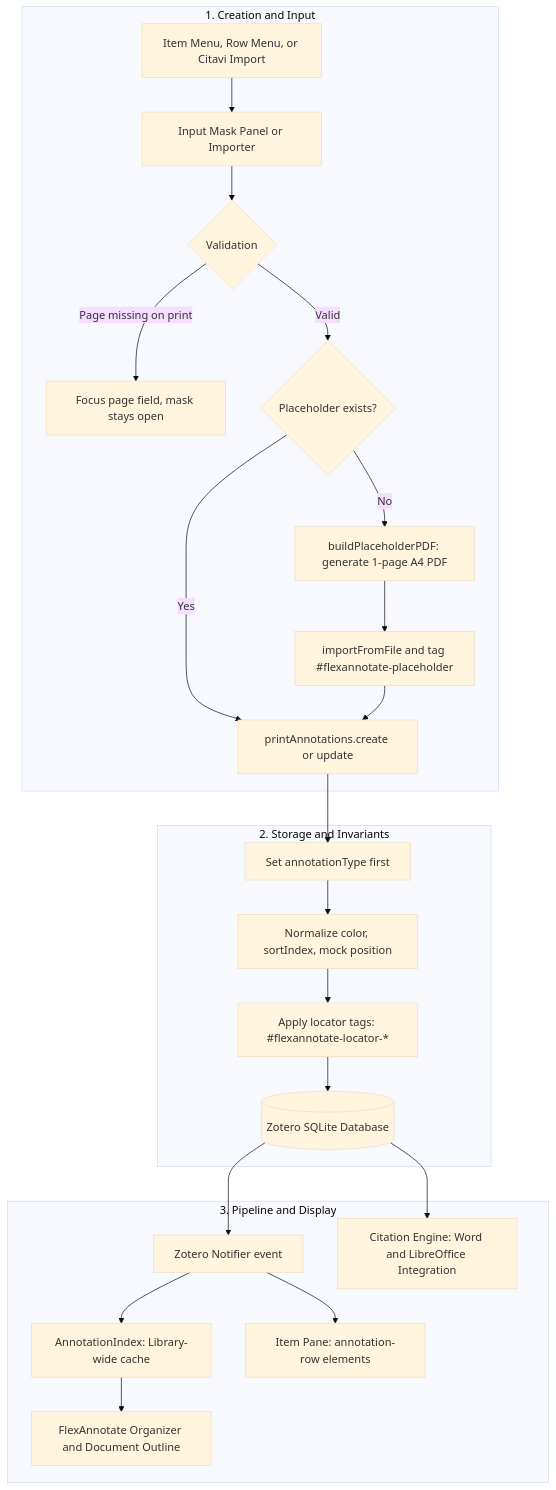
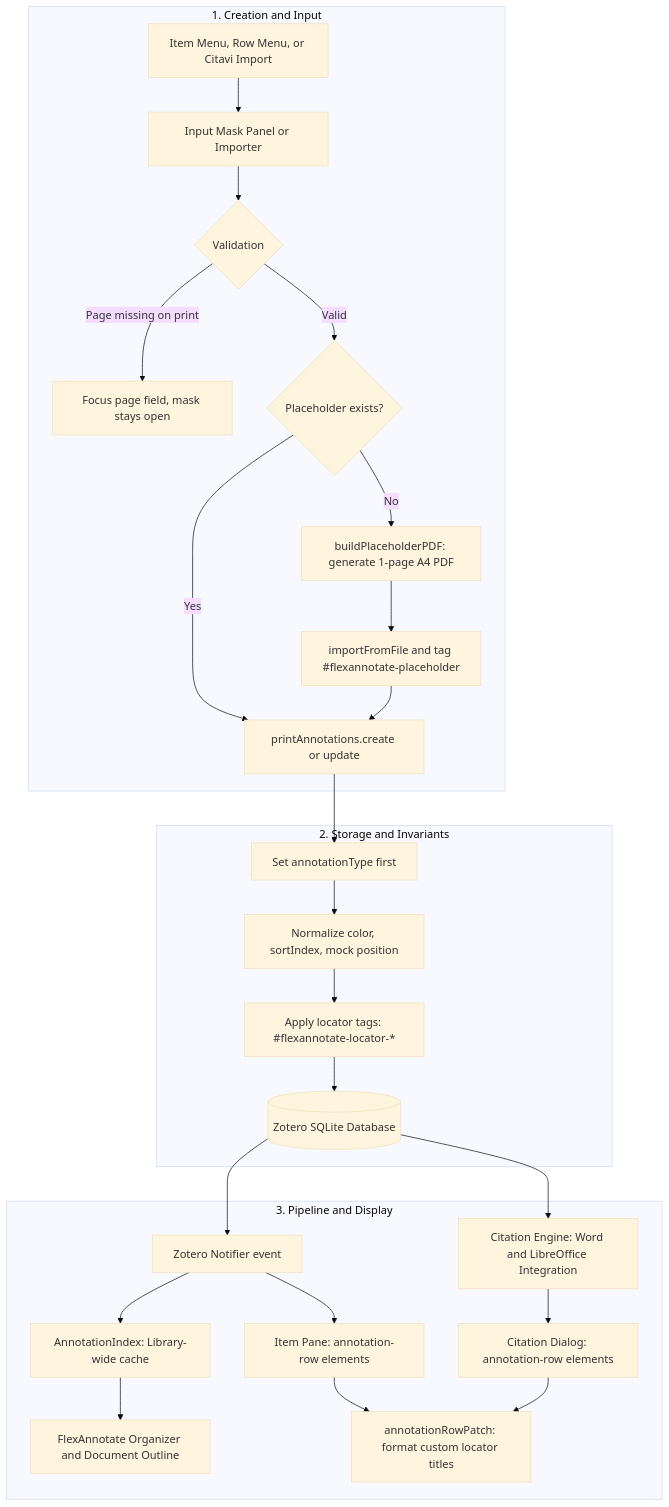
One commit to justanotherjurastudent/zotero_FlexAnnotate changed the diagram in openwiki/features/print-annotations.md. Above: the diagram before and after it, drawn with Mermaid (base theme). The commit also changed other lines of this file and 28 other files, not shown here.

````diff
--- a/openwiki/features/print-annotations.md
+++ b/openwiki/features/print-annotations.md
@@ -86,28 +91,33 @@
 ```mermaid
 flowchart TD
     subgraph Creation["1. Creation and Input"]
         UI_Menu["Item Menu, Row Menu, or Citavi Import"] --> DL["Input Mask Panel or Importer"]
         DL --> VAL{"Validation"}
         VAL -->|"Page missing on print"| STAY["Focus page field, mask stays open"]
         VAL -->|"Valid"| PH{"Placeholder exists?"}
         PH -->|"No"| MK_PDF["buildPlaceholderPDF: generate 1-page A4 PDF"]
         MK_PDF --> IMP["importFromFile and tag #flexannotate-placeholder"]
         PH -->|"Yes"| CR["printAnnotations.create or update"]
         IMP --> CR
     end
 
     subgraph Storage["2. Storage and Invariants"]
         CR --> SET_TYP["Set annotationType first"]
-        SET_TYP --> FLD["Normalize color, sortIndex, mock position"]
-        FLD --> TAGS["Apply locator tags: #flexannotate-locator-*"]
+        FLD["Normalize color, sortIndex, mock position"]
+        TAGS["Apply locator tags: #flexannotate-locator-*"]
+        SET_TYP --> FLD
+        FLD --> TAGS
         TAGS --> DB[("Zotero SQLite Database")]
     end
 
     subgraph Pipeline["3. Pipeline and Display"]
         DB --> NOTIF["Zotero Notifier event"]
         NOTIF --> IDX["AnnotationIndex: Library-wide cache"]
         NOTIF --> PANE["Item Pane: annotation-row elements"]
         IDX --> ORG["FlexAnnotate Organizer and Document Outline"]
         DB --> CSL["Citation Engine: Word and LibreOffice Integration"]
+        CSL --> DLG["Citation Dialog: annotation-row elements"]
+        PANE --> PATCH["annotationRowPatch: format custom locator titles"]
+        DLG --> PATCH
     end
 ```
````
